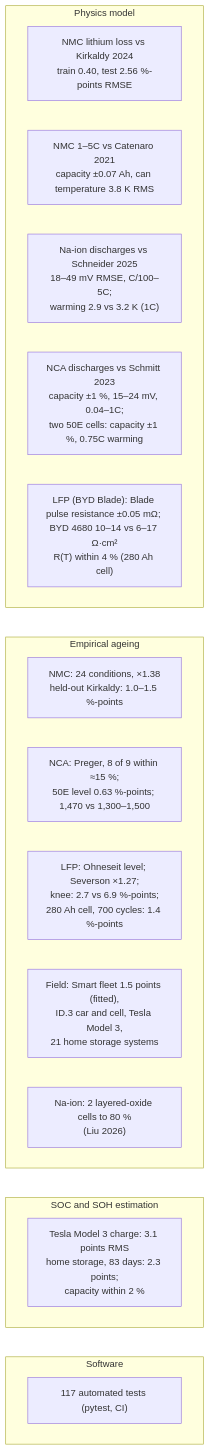
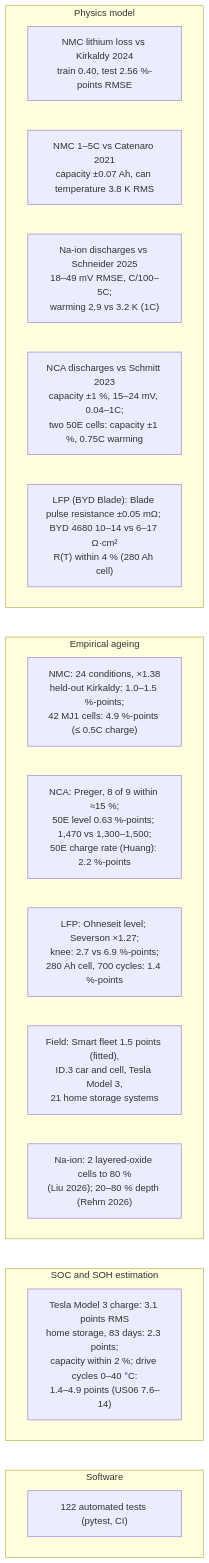
One commit to TheJohn01/DigitalTwinBattery changed diagram 12 of 12 in README.md. Above: the diagram before and after it, drawn with Mermaid. The commit also changed other lines of this file and 18 other files, not shown here.

````diff
--- a/README.md
+++ b/README.md
@@ -1742,24 +1815,24 @@
 ```mermaid
 flowchart TB
     subgraph PHY["Physics model"]
         V1["NMC lithium loss vs Kirkaldy 2024<br/>train 0.40, test 2.56 %-points RMSE"]
         V9["NMC 1–5C vs Catenaro 2021<br/>capacity ±0.07 Ah, can temperature 3.8 K RMS"]
         V0["Na-ion discharges vs Schneider 2025<br/>18–49 mV RMSE, C/100–5C;<br/>warming 2.9 vs 3.2 K (1C)"]
         V7["NCA discharges vs Schmitt 2023<br/>capacity ±1 %, 15–24 mV, 0.04–1C;<br/>two 50E cells: capacity ±1 %, 0.75C warming"]
         V8["LFP (BYD Blade): Blade pulse resistance ±0.05 mΩ; BYD 4680 10–14 vs 6–17 Ω·cm²<br/>R(T) within 4 % (280 Ah cell)"]
     end
     subgraph EMP["Empirical ageing"]
-        V2["NMC: 24 conditions, ×1.38<br/>held-out Kirkaldy: 1.0–1.5 %-points"]
-        V3["NCA: Preger, 8 of 9 within ≈15 %;<br/>50E level 0.63 %-points; 1,470 vs 1,300–1,500"]
+        V2["NMC: 24 conditions, ×1.38<br/>held-out Kirkaldy: 1.0–1.5 %-points;<br/>42 MJ1 cells: 4.9 %-points (≤ 0.5C charge)"]
+        V3["NCA: Preger, 8 of 9 within ≈15 %;<br/>50E level 0.63 %-points; 1,470 vs 1,300–1,500;<br/>50E charge rate (Huang): 2.2 %-points"]
         V4["LFP: Ohneseit level; Severson ×1.27;<br/>knee: 2.7 vs 6.9 %-points;<br/>280 Ah cell, 700 cycles: 1.4 %-points"]
         V11["Field: Smart fleet 1.5 points (fitted),<br/>ID.3 car and cell, Tesla Model 3,<br/>21 home storage systems"]
-        V5["Na-ion: 2 layered-oxide cells to 80 %<br/>(Liu 2026)"]
+        V5["Na-ion: 2 layered-oxide cells to 80 %<br/>(Liu 2026); 20–80 % depth (Rehm 2026)"]
     end
     subgraph EST["SOC and SOH estimation"]
-        V10["Tesla Model 3 charge: 3.1 points RMS<br/>home storage, 83 days: 2.3 points;<br/>capacity within 2 %"]
+        V10["Tesla Model 3 charge: 3.1 points RMS<br/>home storage, 83 days: 2.3 points;<br/>capacity within 2 %; drive cycles 0–40 °C:<br/>1.4–4.9 points (US06 7.6–14)"]
     end
     subgraph SW["Software"]
-        V6["117 automated tests (pytest, CI)"]
+        V6["122 automated tests (pytest, CI)"]
     end
     PHY ~~~ EMP ~~~ EST ~~~ SW
 ```
````
